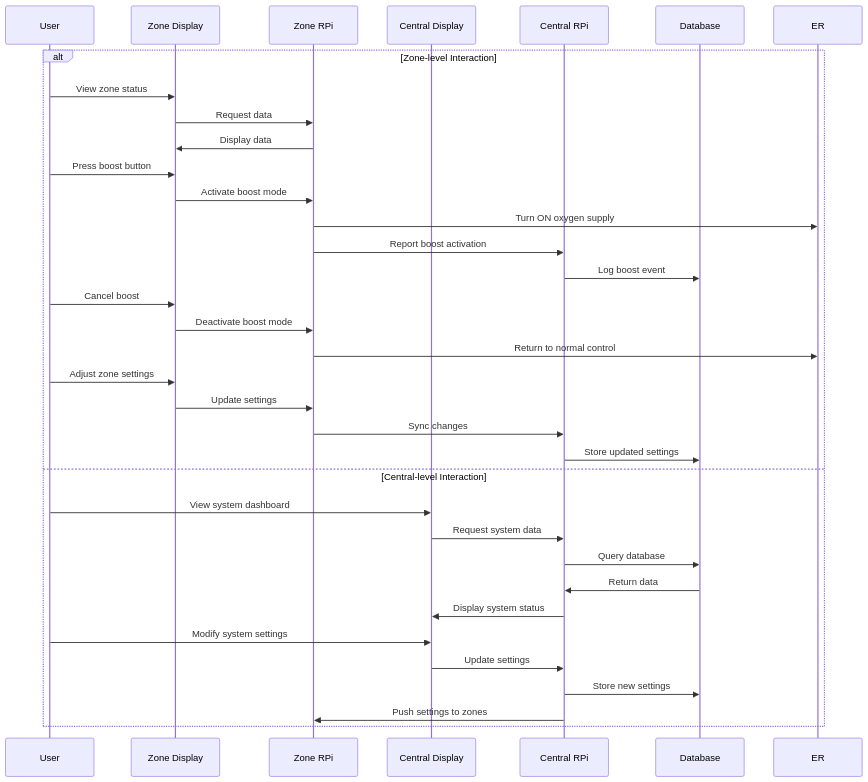
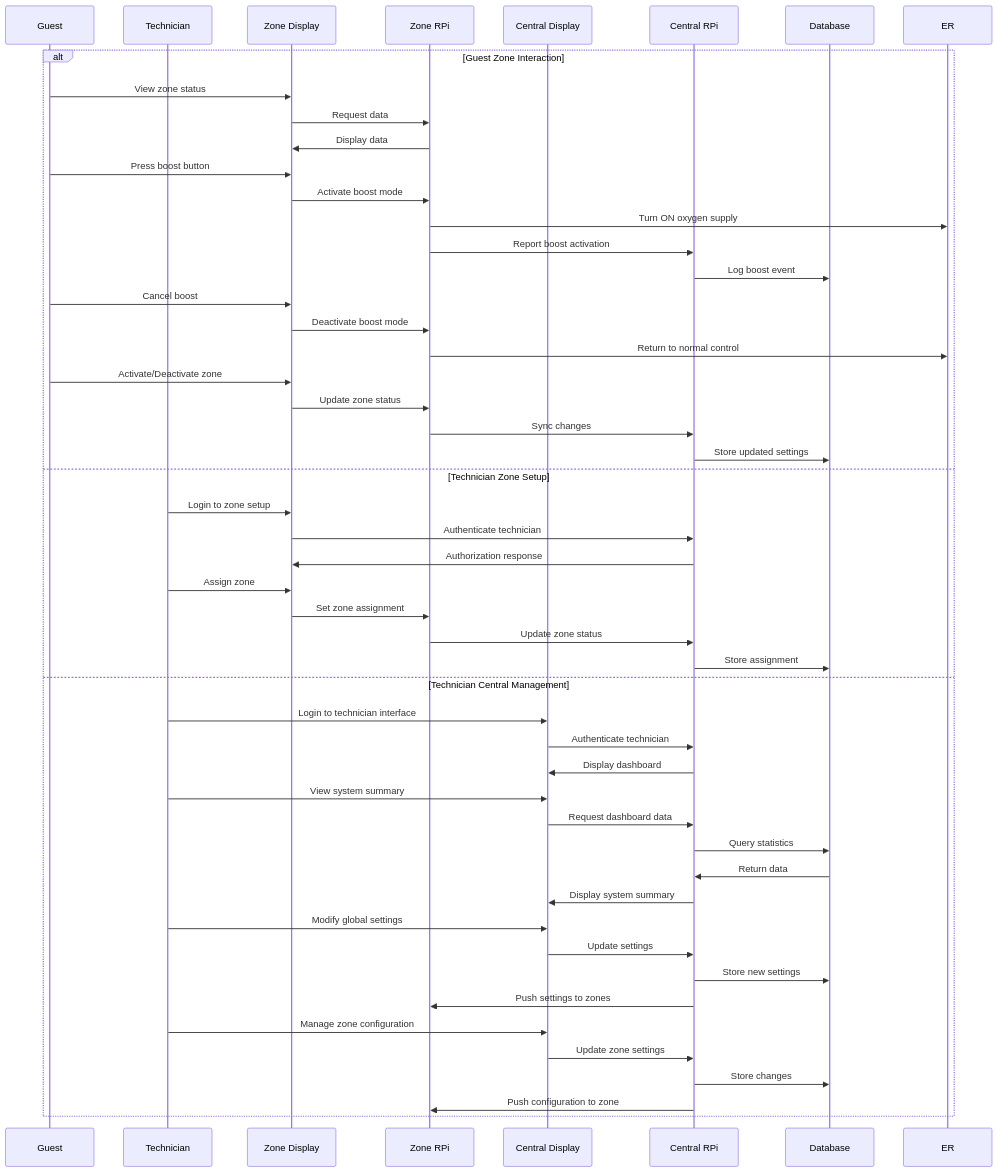
One commit to adityatripathi05/Oxygen-Enrichment-System changed the seventh of 8 diagrams in docs/design_plan.md. Above: the diagram before and after it, drawn with Mermaid. The commit also changed other lines of this file, not shown here.

````diff
--- a/docs/design_plan.md
+++ b/docs/design_plan.md
@@ -531,41 +587,60 @@
 ```mermaid
 sequenceDiagram
-    participant User
+    participant Guest
+    participant Tech as Technician
     participant ZD as Zone Display
     participant ZRP as Zone RPi
     participant CD as Central Display
     participant CRP as Central RPi
     participant DB as Database
     
-    alt Zone-level Interaction
-        User->>ZD: View zone status
+    alt Guest Zone Interaction
+        Guest->>ZD: View zone status
         ZD->>ZRP: Request data
         ZRP->>ZD: Display data
         
-        User->>ZD: Press boost button
+        Guest->>ZD: Press boost button
         ZD->>ZRP: Activate boost mode
         ZRP->>ER: Turn ON oxygen supply
         ZRP->>CRP: Report boost activation
         CRP->>DB: Log boost event
         
-        User->>ZD: Cancel boost
+        Guest->>ZD: Cancel boost
         ZD->>ZRP: Deactivate boost mode
         ZRP->>ER: Return to normal control
         
-        User->>ZD: Adjust zone settings
-        ZD->>ZRP: Update settings
+        Guest->>ZD: Activate/Deactivate zone
+        ZD->>ZRP: Update zone status
         ZRP->>CRP: Sync changes
         CRP->>DB: Store updated settings
-    else Central-level Interaction
-        User->>CD: View system dashboard
-        CD->>CRP: Request system data
-        CRP->>DB: Query database
+    else Technician Zone Setup
+        Tech->>ZD: Login to zone setup
+        ZD->>CRP: Authenticate technician
+        CRP->>ZD: Authorization response
+        
+        Tech->>ZD: Assign zone
+        ZD->>ZRP: Set zone assignment
+        ZRP->>CRP: Update zone status
+        CRP->>DB: Store assignment
+    else Technician Central Management
+        Tech->>CD: Login to technician interface
+        CD->>CRP: Authenticate technician
+        CRP->>CD: Display dashboard
+        
+        Tech->>CD: View system summary
+        CD->>CRP: Request dashboard data
+        CRP->>DB: Query statistics
         DB->>CRP: Return data
-        CRP->>CD: Display system status
+        CRP->>CD: Display system summary
         
-        User->>CD: Modify system settings
+        Tech->>CD: Modify global settings
         CD->>CRP: Update settings
         CRP->>DB: Store new settings
         CRP->>ZRP: Push settings to zones
+        
+        Tech->>CD: Manage zone configuration
+        CD->>CRP: Update zone settings
+        CRP->>DB: Store changes
+        CRP->>ZRP: Push configuration to zone
     end
 ```
````
